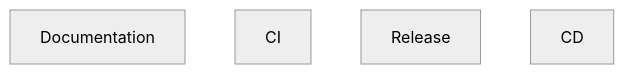
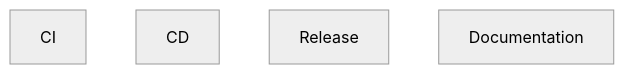
One commit to zepfu/llama-gguf-inference changed the seventh of 8 diagrams in docs/auto/ARCHITECTURE_AUTO.md. Above: the diagram before and after it, drawn with Mermaid (neutral theme). The commit also changed other lines of this file and 2 other files, not shown here.

````diff
--- a/docs/auto/ARCHITECTURE_AUTO.md
+++ b/docs/auto/ARCHITECTURE_AUTO.md
@@ -212,7 +209,7 @@
 ```mermaid
 graph TD
+    ci[CI]
+    cd[CD]
+    release[Release]
     docs[Documentation]
-    ci[CI]
-    release[Release]
-    cd[CD]
 ```
````
